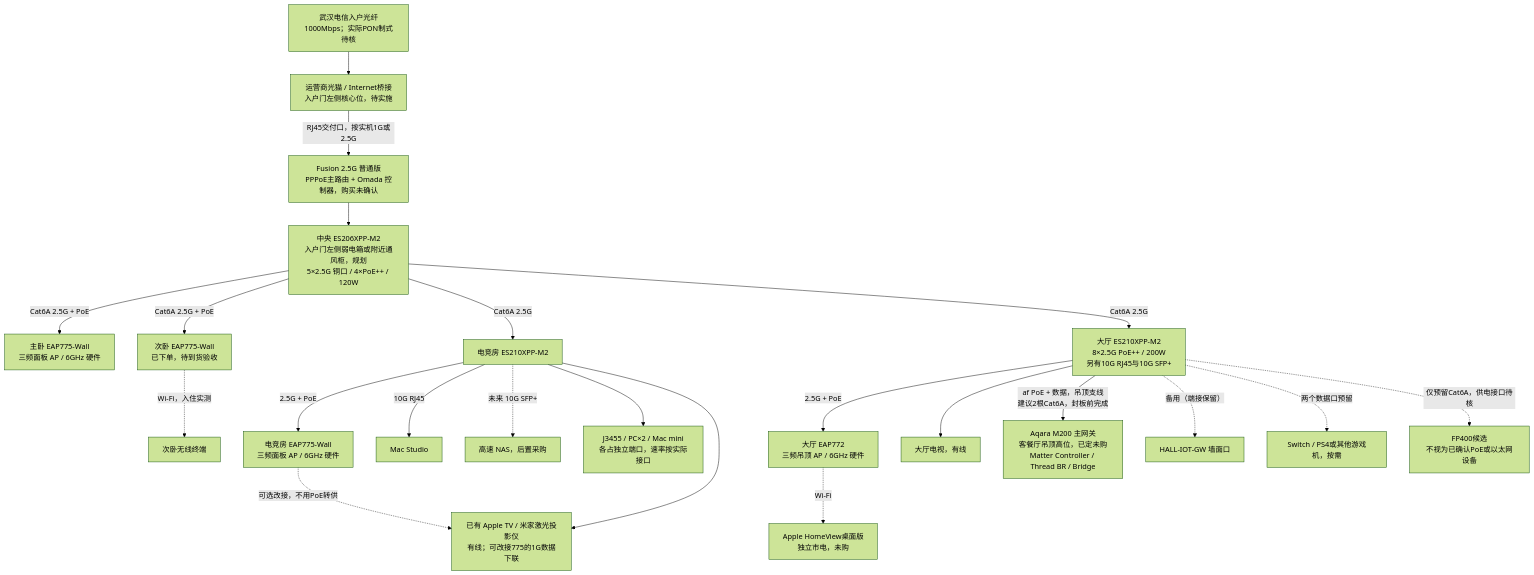
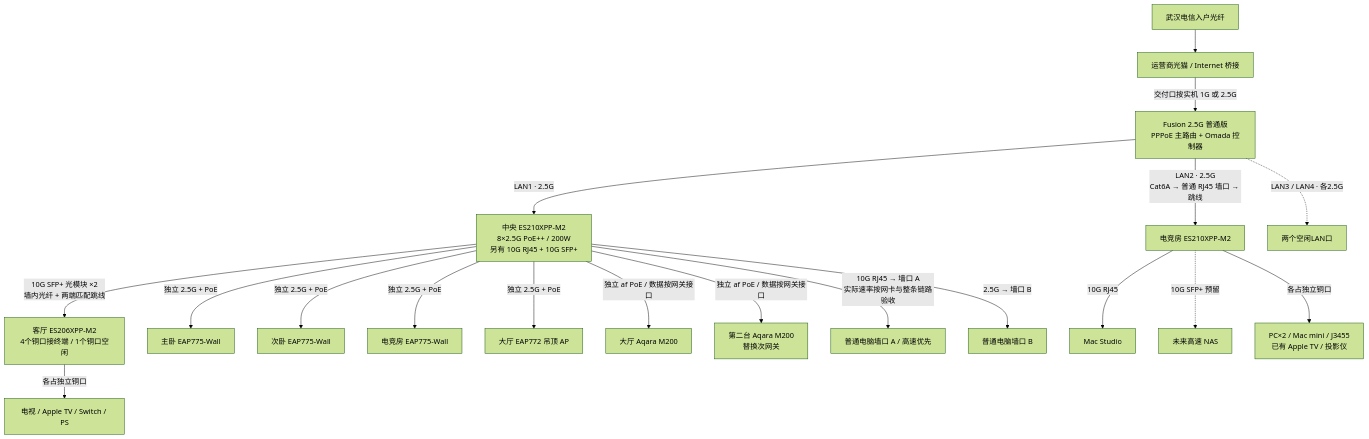
One commit to QZSAMA/AgentHomeAssistant changed the first of 4 diagrams in docs/network-topology.md. Above: the diagram before and after it, drawn with Mermaid (forest theme). The commit also changed other lines of this file and 8 other files, not shown here.

````diff
--- a/docs/network-topology.md
+++ b/docs/network-topology.md
@@ -15,24 +13,21 @@
 ```mermaid
 flowchart TD
-  F[武汉电信入户光纤<br/>1000Mbps；实际PON制式待核] --> ONT[运营商光猫 / Internet桥接<br/>入户门左侧核心位，待实施]
-  ONT -->|RJ45交付口，按实机1G或2.5G| R[Fusion 2.5G 普通版<br/>PPPoE主路由 + Omada 控制器，购买未确认]
-  R --> C[中央 ES206XPP-M2<br/>入户门左侧弱电箱或附近通风柜，规划<br/>5×2.5G 铜口 / 4×PoE++ / 120W]
-  C -->|Cat6A 2.5G + PoE| M[主卧 EAP775-Wall<br/>三频面板 AP / 6GHz 硬件]
-  C -->|Cat6A 2.5G + PoE| S[次卧 EAP775-Wall<br/>已下单，待到货验收]
-  C -->|Cat6A 2.5G| WS[电竞房 ES210XPP-M2]
-  C -->|Cat6A 2.5G| HS[大厅 ES210XPP-M2<br/>8×2.5G PoE++ / 200W<br/>另有10G RJ45与10G SFP+]
-  WS -->|2.5G + PoE| WA[电竞房 EAP775-Wall<br/>三频面板 AP / 6GHz 硬件]
-  WS -->|10G RJ45| MAC[Mac Studio]
-  WS -. 未来 10G SFP+ .-> NAS[高速 NAS，后置采购]
-  WS --> J[J3455 / PC×2 / Mac mini<br/>各占独立端口，速率按实际接口]
-  WS --> AV[已有 Apple TV / 米家激光投影仪<br/>有线；可改接775的1G数据下联]
-  WA -. 可选改接，不用PoE转供 .-> AV
-  HS -->|2.5G + PoE| HA[大厅 EAP772<br/>三频吊顶 AP / 6GHz 硬件]
-  HS --> TV[大厅电视，有线]
-  HS -->|af PoE + 数据，吊顶支线<br/>建议2根Cat6A，封板前完成| GW[Aqara M200 主网关<br/>客餐厅吊顶高位，已定未购<br/>Matter Controller / Thread BR / Bridge]
-  HS -. 备用（端接保留） .-> WG[HALL-IOT-GW 墙面口]
-  HA -. Wi-Fi .-> HUB[Apple HomeView桌面版<br/>独立市电，未购]
-  S -. Wi-Fi，入住实测 .-> SC[次卧无线终端]
-  HS -. 两个数据口预留 .-> GAME[Switch / PS4或其他游戏机，按需]
-  HS -. 仅预留Cat6A，供电接口待核 .-> FP[FP400候选<br/>不视为已确认PoE或以太网设备]
+  F["武汉电信入户光纤"] --> ONT["运营商光猫 / Internet 桥接"]
+  ONT -->|"交付口按实机 1G 或 2.5G"| R["Fusion 2.5G 普通版<br/>PPPoE 主路由 + Omada 控制器"]
+  R -->|"LAN1 · 2.5G"| C["中央 ES210XPP-M2<br/>8×2.5G PoE++ / 200W<br/>另有 10G RJ45 + 10G SFP+"]
+  R -->|"LAN2 · 2.5G<br/>Cat6A → 普通 RJ45 墙口 → 跳线"| WS["电竞房 ES210XPP-M2"]
+  C -->|"10G SFP+ 光模块 ×2<br/>墙内光纤 + 两端匹配跳线"| HS["客厅 ES206XPP-M2<br/>4个铜口接终端 / 1个铜口空闲"]
+  R -. "LAN3 / LAN4 · 各2.5G" .-> SP["两个空闲LAN口"]
+  C -->|"独立 2.5G + PoE"| A1["主卧 EAP775-Wall"]
+  C -->|"独立 2.5G + PoE"| A2["次卧 EAP775-Wall"]
+  C -->|"独立 2.5G + PoE"| A3["电竞房 EAP775-Wall"]
+  C -->|"独立 2.5G + PoE"| A4["大厅 EAP772 吊顶 AP"]
+  C -->|"独立 af PoE / 数据按网关接口"| G1["大厅 Aqara M200"]
+  C -->|"独立 af PoE / 数据按网关接口"| G2["第二台 Aqara M200<br/>替换次网关"]
+  C -->|"10G RJ45 → 墙口 A<br/>实际速率按网卡与整条链路验收"| P1["普通电脑墙口 A / 高速优先"]
+  C -->|"2.5G → 墙口 B"| P2["普通电脑墙口 B"]
+  WS -->|"10G RJ45"| MAC["Mac Studio"]
+  WS -. "10G SFP+ 预留" .-> NAS["未来高速 NAS"]
+  WS -->|"各占独立铜口"| DEV["PC×2 / Mac mini / J3455<br/>已有 Apple TV / 投影仪"]
+  HS -->|"各占独立铜口"| AV["电视 / Apple TV / Switch / PS"]
 ```
````
